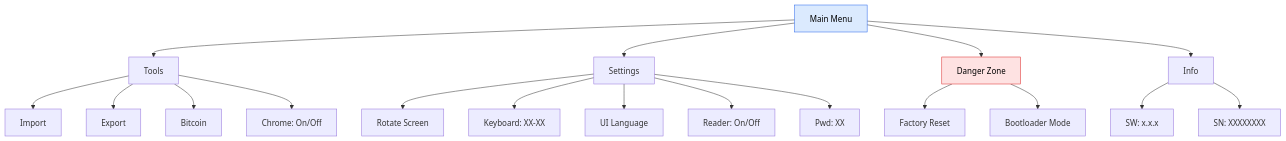
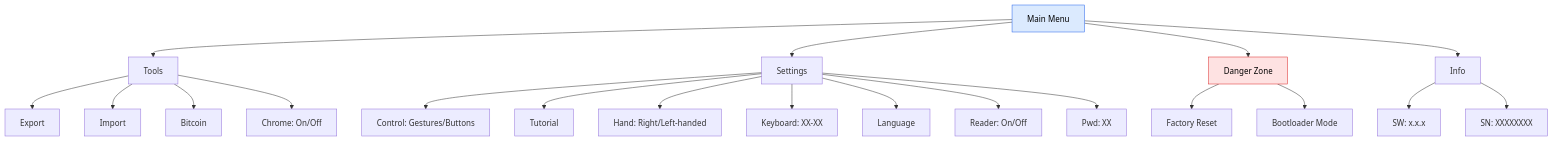
One commit to Depbit-lab/docsZerokeyUSB changed the first of 3 diagrams in firmware/menu.mdx. Above: the diagram before and after it, drawn with Mermaid. The commit also changed other lines of this file and 78 other files, not shown here.

````diff
--- a/firmware/menu.mdx
+++ b/firmware/menu.mdx
@@ -15,28 +15,30 @@
 ```mermaid
 graph TD
     ROOT["Main Menu"]
     ROOT --> TOOLS["Tools"]
     ROOT --> SETTINGS["Settings"]
     ROOT --> DANGER["Danger Zone"]
     ROOT --> INFO["Info"]
     
+    TOOLS --> EXP["Export"]
     TOOLS --> IMP["Import"]
-    TOOLS --> EXP["Export"]
     TOOLS --> BTC["Bitcoin"]
     TOOLS --> CHR["Chrome: On/Off"]
     
-    SETTINGS --> ROT["Rotate Screen"]
+    SETTINGS --> CTL["Control: Gestures/Buttons"]
+    SETTINGS --> TUT["Tutorial"]
+    SETTINGS --> ROT["Hand: Right/Left-handed"]
     SETTINGS --> KB["Keyboard: XX-XX"]
-    SETTINGS --> UILANG["UI Language"]
+    SETTINGS --> UILANG["Language"]
     SETTINGS --> READER["Reader: On/Off"]
     SETTINGS --> PWD["Pwd: XX"]
     
     DANGER --> FACTORY["Factory Reset"]
     DANGER --> BOOT["Bootloader Mode"]
     
     INFO --> SW["SW: x.x.x"]
     INFO --> SN["SN: XXXXXXXX"]
     
     style ROOT fill:#dbeafe,stroke:#2563eb,color:#000
     style DANGER fill:#fee2e2,stroke:#dc2626,color:#000
 ```
````
